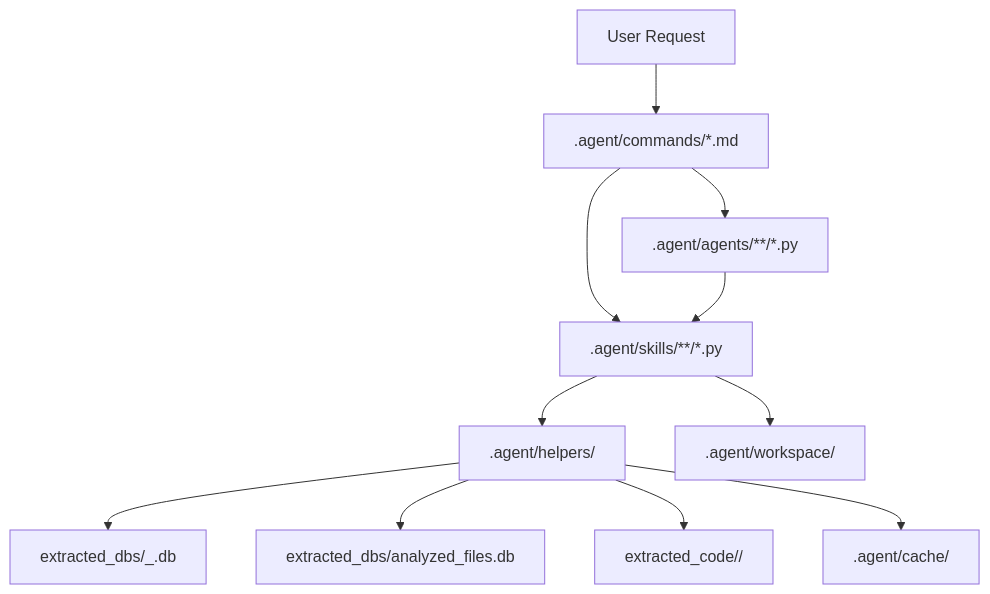
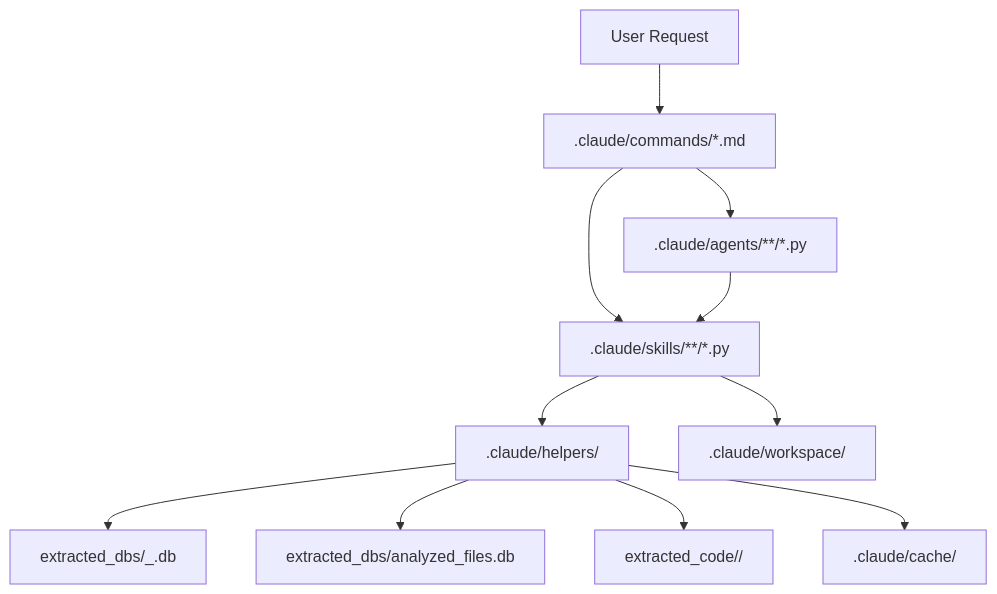
The diagram in docs/integration_guide.md (marcosd4h/DeepExtractRuntime), drawn with Mermaid before and after one commit. The commit also changed other lines of this file and 173 other files, not shown here.

Commit message:
rename runtime directory convention from .agent/AGENTS.md to .claude/CLAUDE.md across files

````diff
--- a/docs/integration_guide.md
+++ b/docs/integration_guide.md
@@ -208,24 +208,24 @@
 ```mermaid
 flowchart TD
     UserRequest["User Request"]
-    CommandDef[".agent/commands/*.md"]
-    AgentScripts[".agent/agents/**/*.py"]
-    SkillScripts[".agent/skills/**/*.py"]
-    Helpers[".agent/helpers/"]
-    Workspace[".agent/workspace/"]
+    CommandDef[".claude/commands/*.md"]
+    AgentScripts[".claude/agents/**/*.py"]
+    SkillScripts[".claude/skills/**/*.py"]
+    Helpers[".claude/helpers/"]
+    Workspace[".claude/workspace/"]
     AnalysisDB["extracted_dbs/<module>_<hash>.db"]
     TrackingDB["extracted_dbs/analyzed_files.db"]
     ExtractedCode["extracted_code/<module>/"]
-    Cache[".agent/cache/"]
+    Cache[".claude/cache/"]
 
     UserRequest --> CommandDef
     CommandDef --> AgentScripts
     CommandDef --> SkillScripts
     AgentScripts --> SkillScripts
     SkillScripts --> Helpers
     Helpers --> AnalysisDB
     Helpers --> TrackingDB
     Helpers --> ExtractedCode
     SkillScripts --> Workspace
     Helpers --> Cache
 ```
````
